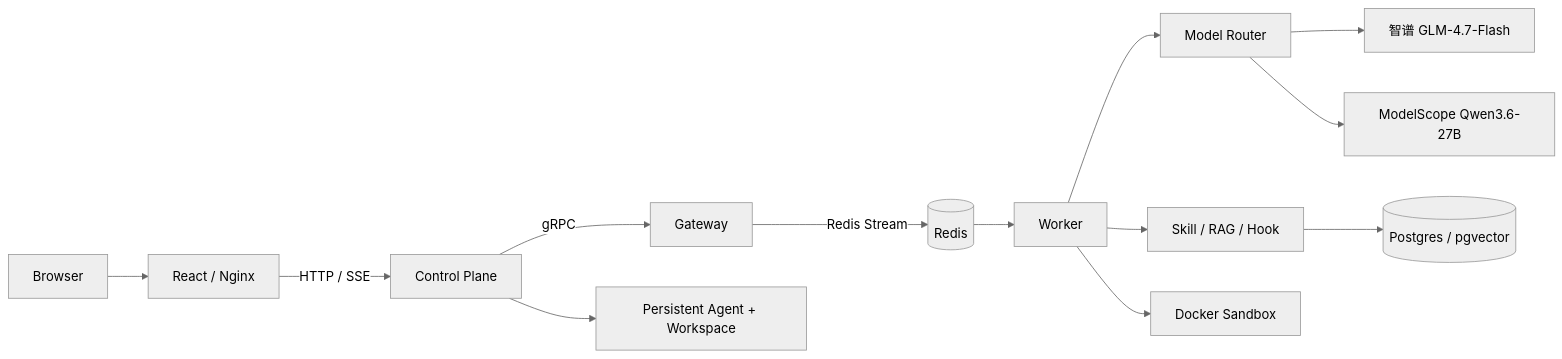
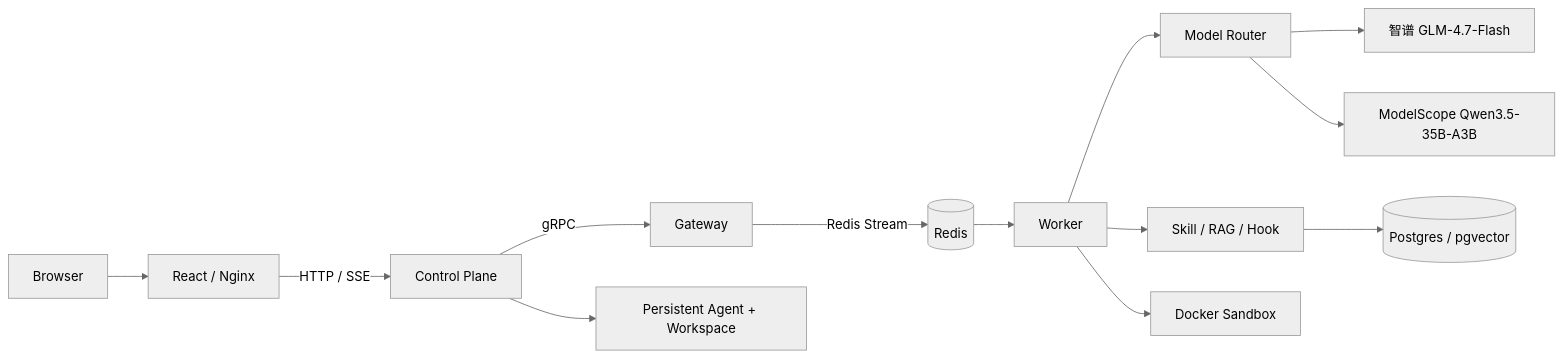
The diagram in README.md (wzhnbsixsixsix/AI-Agent-Cloud-Runtime), drawn with Mermaid (neutral theme) before and after one commit. The commit also changed other lines of this file and 19 other files, not shown here.

Commit message:
fix: use ModelScope hosted Qwen model

````diff
--- a/README.md
+++ b/README.md
@@ -23,15 +23,15 @@
 ```mermaid
 flowchart LR
   Browser["Browser"] --> Web["React / Nginx"]
   Web -->|"HTTP / SSE"| CP["Control Plane"]
   CP -->|"gRPC"| GW["Gateway"]
   GW -->|"Redis Stream"| Redis[("Redis")]
   Redis --> Worker["Worker"]
   Worker --> Router["Model Router"]
   Router --> GLM["智谱 GLM-4.7-Flash"]
-  Router --> Qwen["ModelScope Qwen3.6-27B"]
+  Router --> Qwen["ModelScope Qwen3.5-35B-A3B"]
   Worker --> Services["Skill / RAG / Hook"]
   Worker --> Sandbox["Docker Sandbox"]
   CP --> Agent["Persistent Agent + Workspace"]
   Services --> PG[("Postgres / pgvector")]
 ```
````
